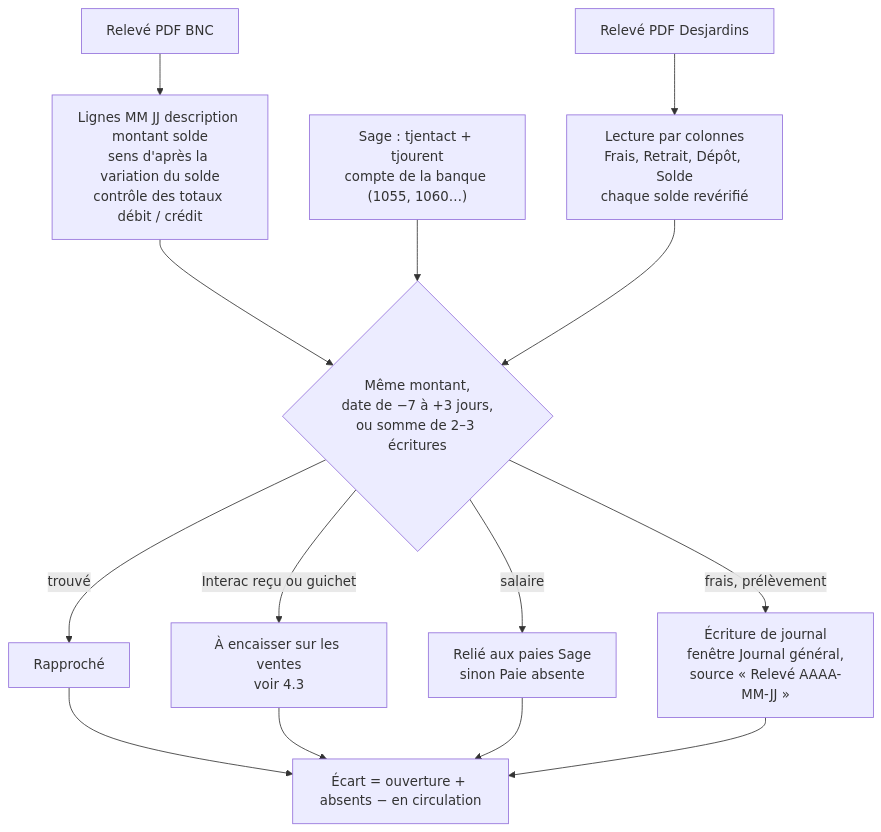
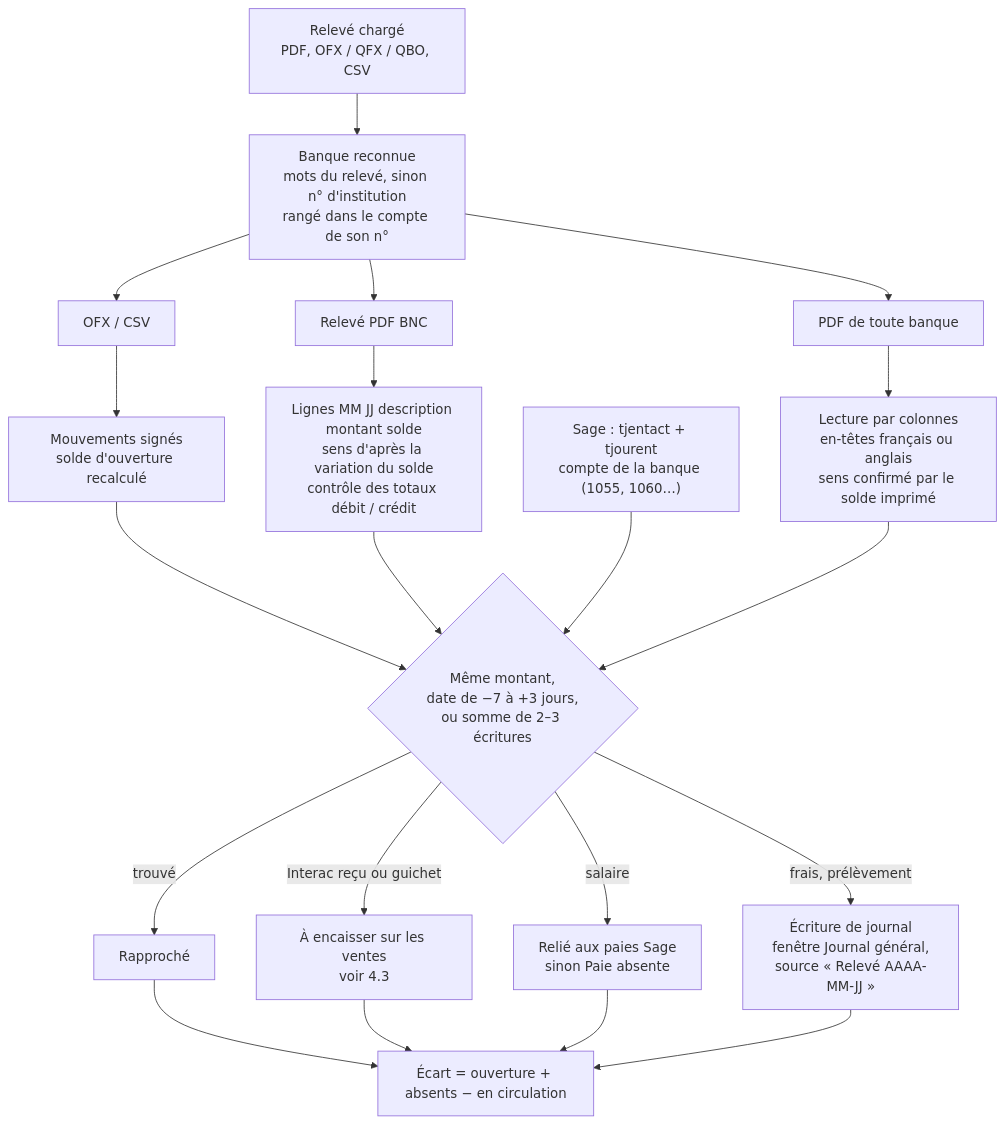
The tenth of 23 diagrams in ARCHITECTURE.md (mteingueng-dot/MVOGMBI_Sync_2026.1), drawn with Mermaid before and after one commit. The commit also changed other lines of this file and 41 other files, not shown here.

````diff
--- a/ARCHITECTURE.md
+++ b/ARCHITECTURE.md
@@ -381,13 +389,16 @@
 ```mermaid
 flowchart TD
-    R1["Relevé PDF Desjardins"] --> R2["Lecture par colonnes<br/>Frais, Retrait, Dépôt, Solde<br/>chaque solde revérifié"]
-    R1b["Relevé PDF BNC"] --> R2b["Lignes MM JJ description montant solde<br/>sens d'après la variation du solde<br/>contrôle des totaux débit / crédit"]
+    R0["Relevé chargé<br/>PDF, OFX / QFX / QBO, CSV"] --> RB["Banque reconnue<br/>mots du relevé, sinon n° d'institution<br/>rangé dans le compte de son n°"]
+    RB --> R1["PDF de toute banque"] --> R2["Lecture par colonnes<br/>en-têtes français ou anglais<br/>sens confirmé par le solde imprimé"]
+    RB --> R1c["OFX / CSV"] --> R2c["Mouvements signés<br/>solde d'ouverture recalculé"]
+    R2c --> R3
+    RB --> R1b["Relevé PDF BNC"] --> R2b["Lignes MM JJ description montant solde<br/>sens d'après la variation du solde<br/>contrôle des totaux débit / crédit"]
     R2b --> R3
     S1["Sage : tjentact + tjourent<br/>compte de la banque (1055, 1060…)"] --> R3
     R2 --> R3{"Même montant,<br/>date de −7 à +3 jours,<br/>ou somme de 2–3 écritures"}
     R3 -- trouvé --> R4["Rapproché"]
     R3 -- "Interac reçu ou guichet" --> R5["À encaisser sur les ventes<br/>voir 4.3"]
     R3 -- "salaire" --> R6["Relié aux paies Sage<br/>sinon Paie absente"]
     R3 -- "frais, prélèvement" --> R7["Écriture de journal<br/>fenêtre Journal général,<br/>source « Relevé AAAA-MM-JJ »"]
     R4 & R5 & R6 & R7 --> R8["Écart = ouverture + absents − en circulation"]
 ```
````
